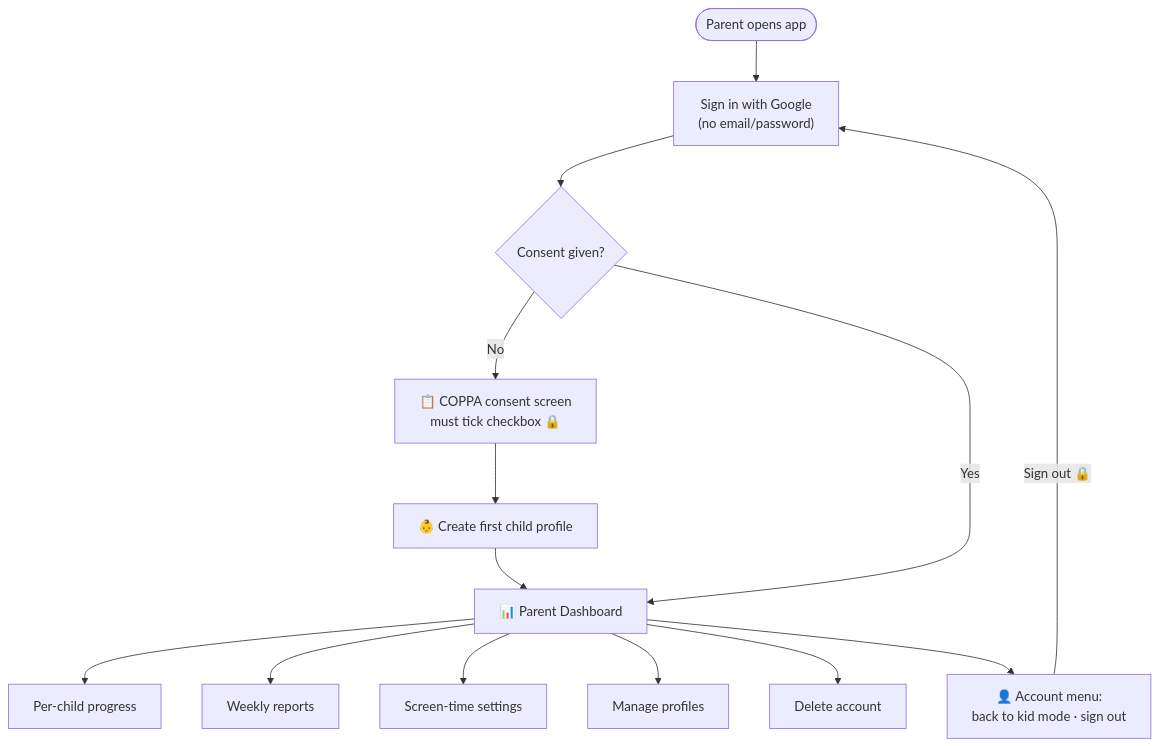
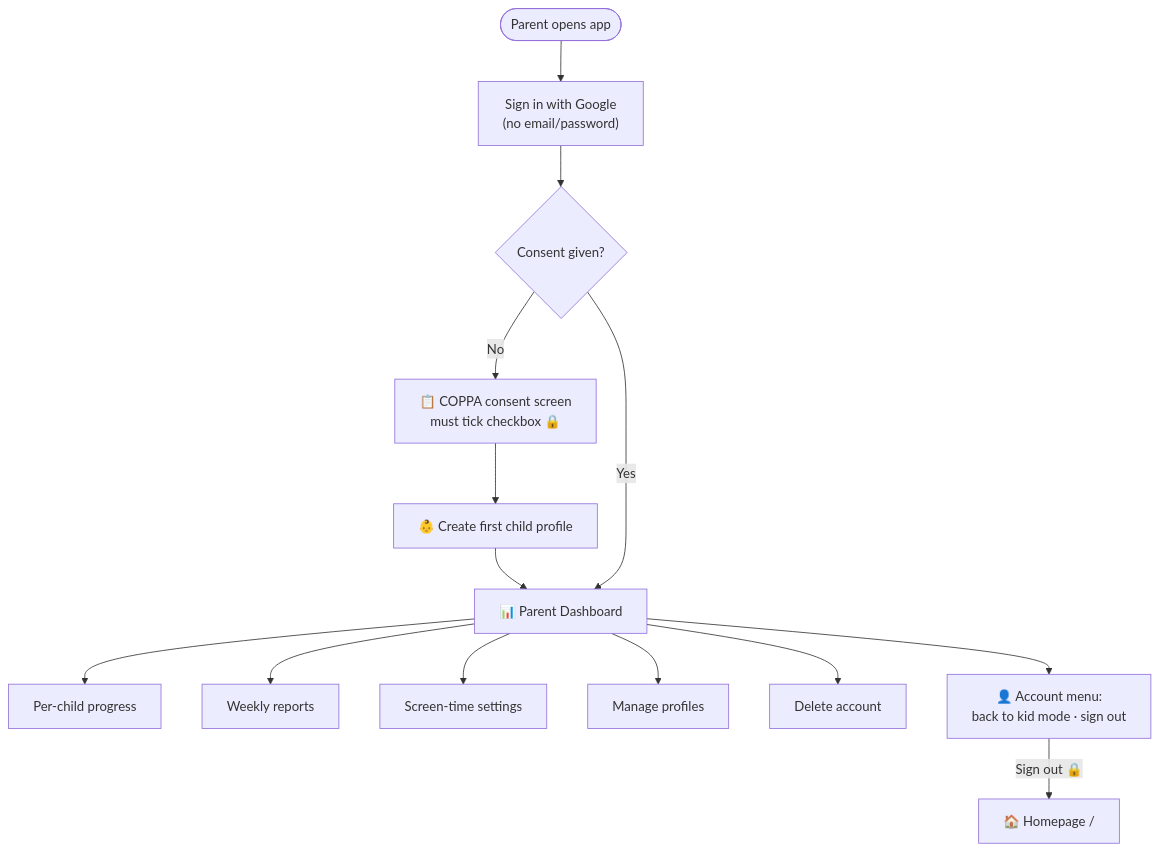
Diagram 13 of 28 in document/user-journey-manual.md (salmanbd100/kidlearn), drawn with Mermaid before and after one commit. The commit also changed other lines of this file and 30 other files, not shown here.

````diff
--- a/document/user-journey-manual.md
+++ b/document/user-journey-manual.md
@@ -422,17 +422,17 @@
 ```mermaid
 flowchart TD
     Start([Parent opens app]) --> Google["Sign in with Google<br/>(no email/password)"]
     Google --> Consent{Consent given?}
     Consent -->|No| C["📋 COPPA consent screen<br/>must tick checkbox 🔒"]
     C --> Child1["👶 Create first child profile"]
     Child1 --> Dash
     Consent -->|Yes| Dash["📊 Parent Dashboard"]
 
     Dash --> D1[Per-child progress]
     Dash --> D2[Weekly reports]
     Dash --> D3[Screen-time settings]
     Dash --> D4[Manage profiles]
     Dash --> D5[Delete account]
     Dash --> D6["👤 Account menu:<br/>back to kid mode · sign out"]
-    D6 -->|Sign out 🔒| Google
+    D6 -->|Sign out 🔒| Home["🏠 Homepage /"]
 ```
````
